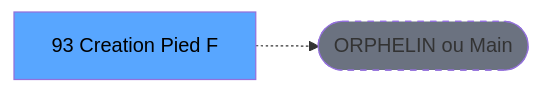
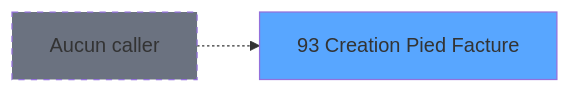
One commit to thonyAGP/lecteur-magic changed the second of 3 diagrams in .openspec/specs/ADH-IDE-93.md. Above: the diagram before and after it, drawn with Mermaid. The commit also changed other lines of this file and 96 other files, not shown here.

````diff
--- a/.openspec/specs/ADH-IDE-93.md
+++ b/.openspec/specs/ADH-IDE-93.md
@@ -118,8 +188,8 @@
 ```mermaid
 graph LR
-    T[93 Creation Pied F]
-    ORPHAN([ORPHELIN ou Main])
-    T -.-> ORPHAN
-    style T fill:#58a6ff,color:#000
-    style ORPHAN fill:#6b7280,stroke-dasharray: 5 5
+    T93[93 Creation Pied Facture]
+    style T93 fill:#58a6ff
+    NONE[Aucun caller]
+    NONE -.-> T93
+    style NONE fill:#6b7280,stroke-dasharray: 5 5
 ```
````
